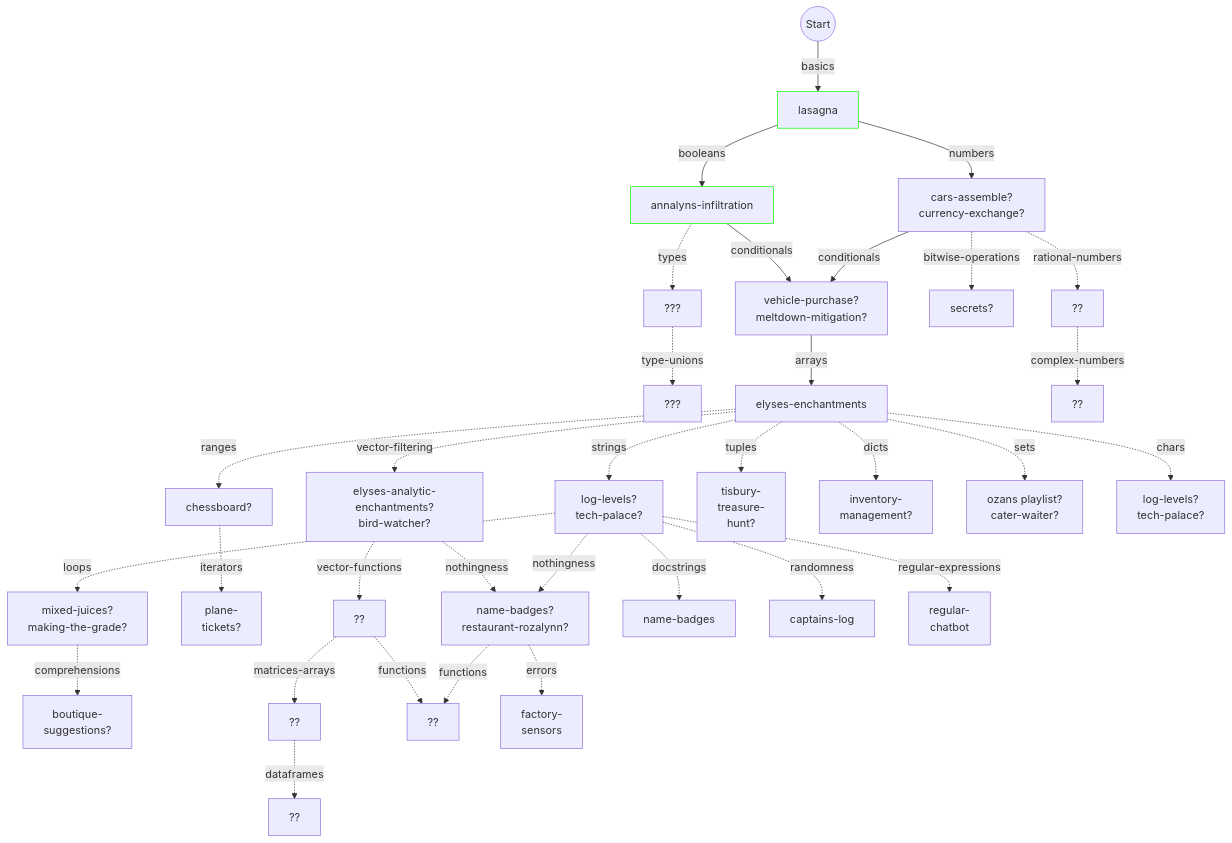
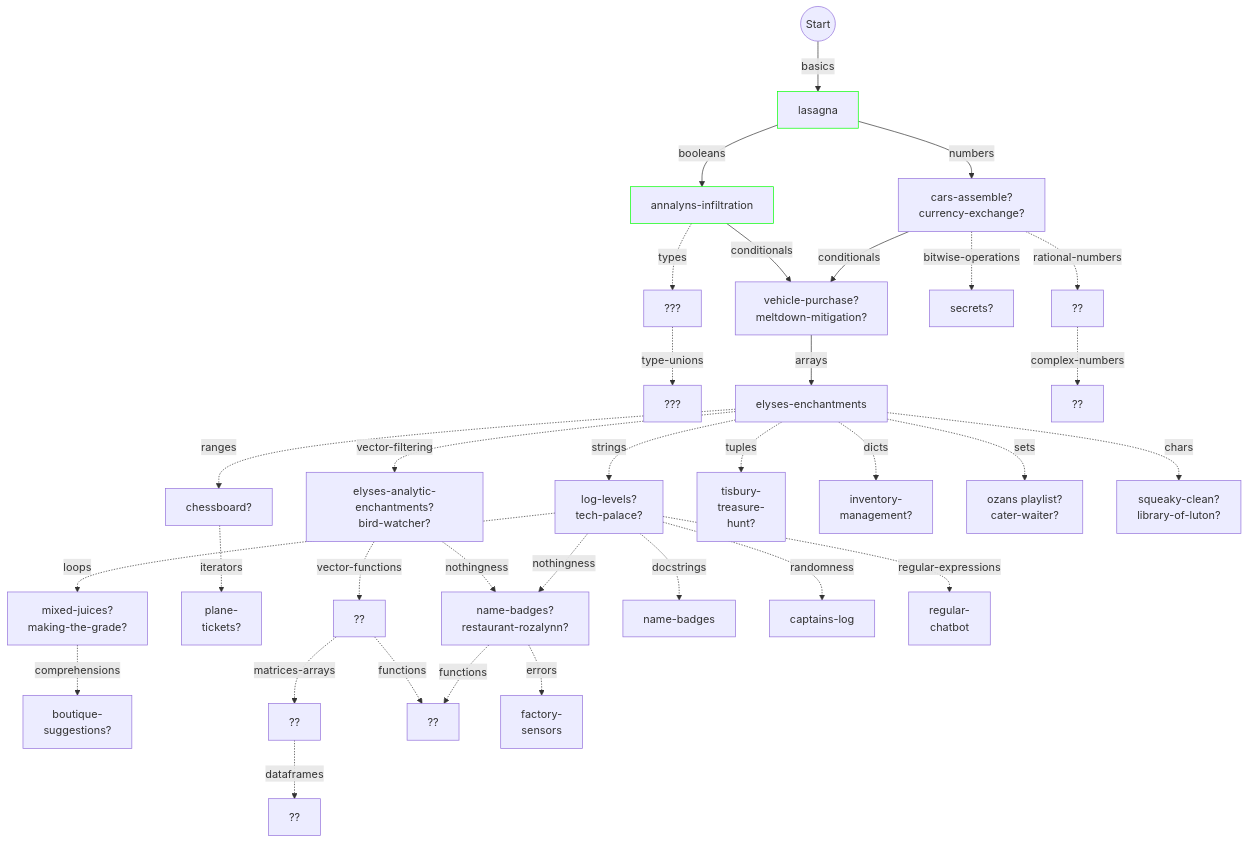
One commit to colinleach/learning-track-doodles changed the diagram in julia/flowchart.md. Above: the diagram before and after it, drawn with Mermaid.

Commit message:
chars exercises

```diff
--- a/julia/flowchart.md
+++ b/julia/flowchart.md
@@ -71,7 +71,7 @@
 vector-filtering -.nothingness.-> nothingness["name-badges"]
 %% style vector-filtering stroke:#0f0
 
-arrays -.chars.-> chars["log-levels?<br/>tech-palace?"]
+arrays -.chars.-> chars["squeaky-clean?<br/>library-of-luton?"]
 %% style chars stroke:#0f0
 
 strings -.docstrings.-> docstrings["name-badges"]
```
